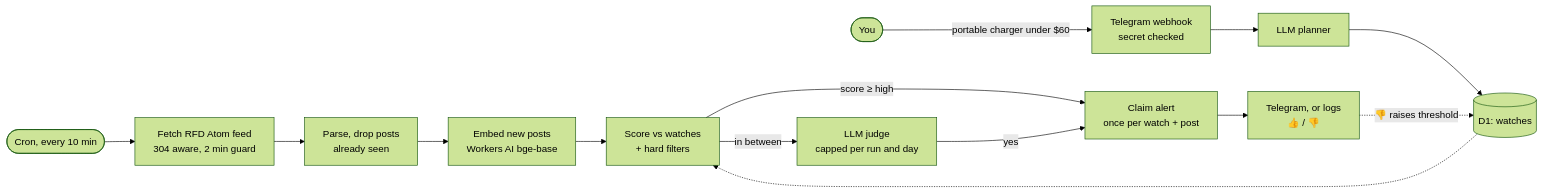
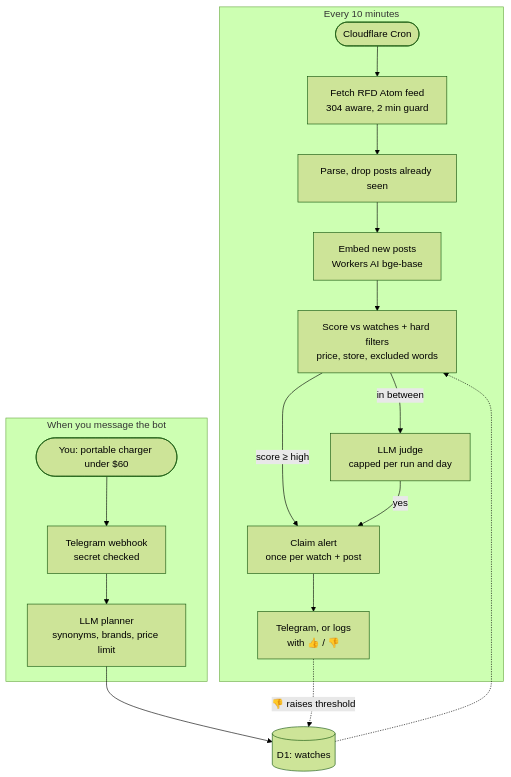
Before and after one commit to Sajeevan2006/deal-scout: the first of 2 diagrams in README.md, drawn with Mermaid (forest theme).

Commit message:
Make the architecture diagram top down

````diff
--- a/README.md
+++ b/README.md
@@ -26,17 +26,22 @@
 ```mermaid
-flowchart LR
-  cron(["Cron, every 10 min"]) --> fetch["Fetch RFD Atom feed<br/>304 aware, 2 min guard"]
-  fetch --> parse["Parse, drop posts<br/>already seen"]
-  parse --> embed["Embed new posts<br/>Workers AI bge-base"]
-  embed --> score["Score vs watches<br/>+ hard filters"]
-  score -->|"score ≥ high"| alert["Claim alert<br/>once per watch + post"]
-  score -->|"in between"| judge["LLM judge<br/>capped per run and day"]
-  judge -->|yes| alert
-  alert --> notify["Telegram, or logs<br/>👍 / 👎"]
+flowchart TD
+  subgraph check["Every 10 minutes"]
+    cron(["Cloudflare Cron"]) --> fetch["Fetch RFD Atom feed<br/>304 aware, 2 min guard"]
+    fetch --> parse["Parse, drop posts already seen"]
+    parse --> embed["Embed new posts<br/>Workers AI bge-base"]
+    embed --> score["Score vs watches + hard filters<br/>price, store, excluded words"]
+    score -->|"score ≥ high"| alert["Claim alert<br/>once per watch + post"]
+    score -->|"in between"| judge["LLM judge<br/>capped per run and day"]
+    judge -->|yes| alert
+    alert --> notify["Telegram, or logs<br/>with 👍 / 👎"]
+  end
 
-  you(["You"]) -->|"portable charger under $60"| hook["Telegram webhook<br/>secret checked"]
-  hook --> planner["LLM planner"]
+  subgraph ask["When you message the bot"]
+    you(["You: portable charger under $60"]) --> hook["Telegram webhook<br/>secret checked"]
+    hook --> planner["LLM planner<br/>synonyms, brands, price limit"]
+  end
+
   planner --> watches[("D1: watches")]
   watches -.-> score
   notify -.->|"👎 raises threshold"| watches
 ```
````
